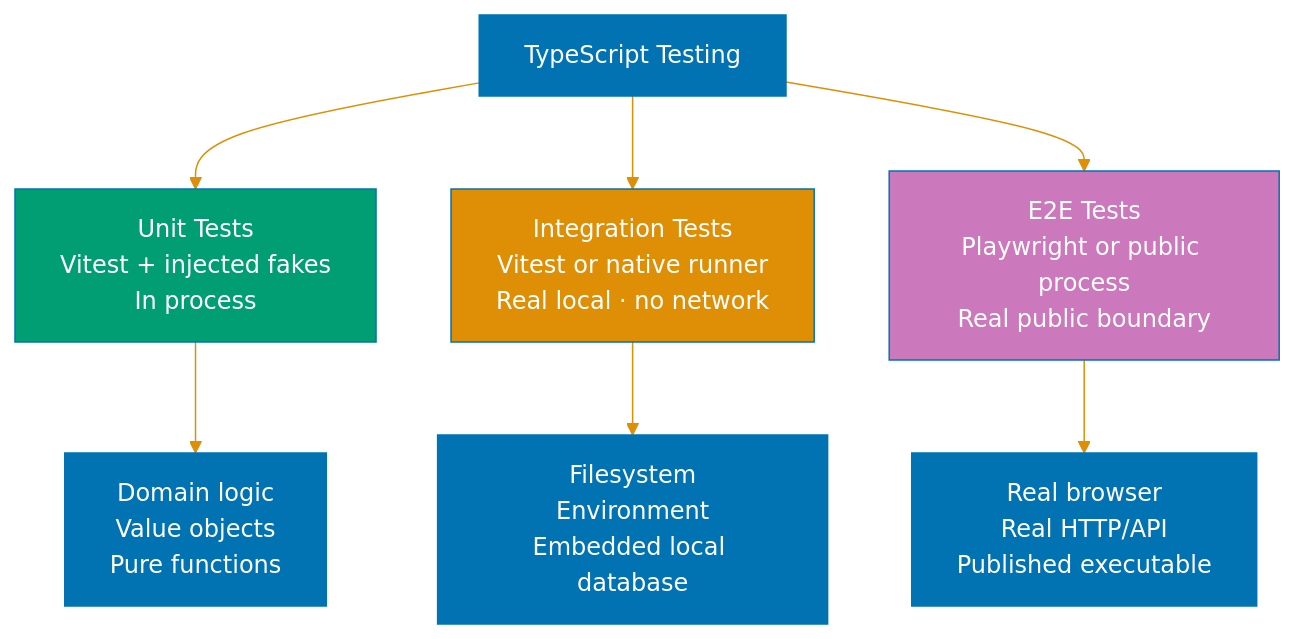
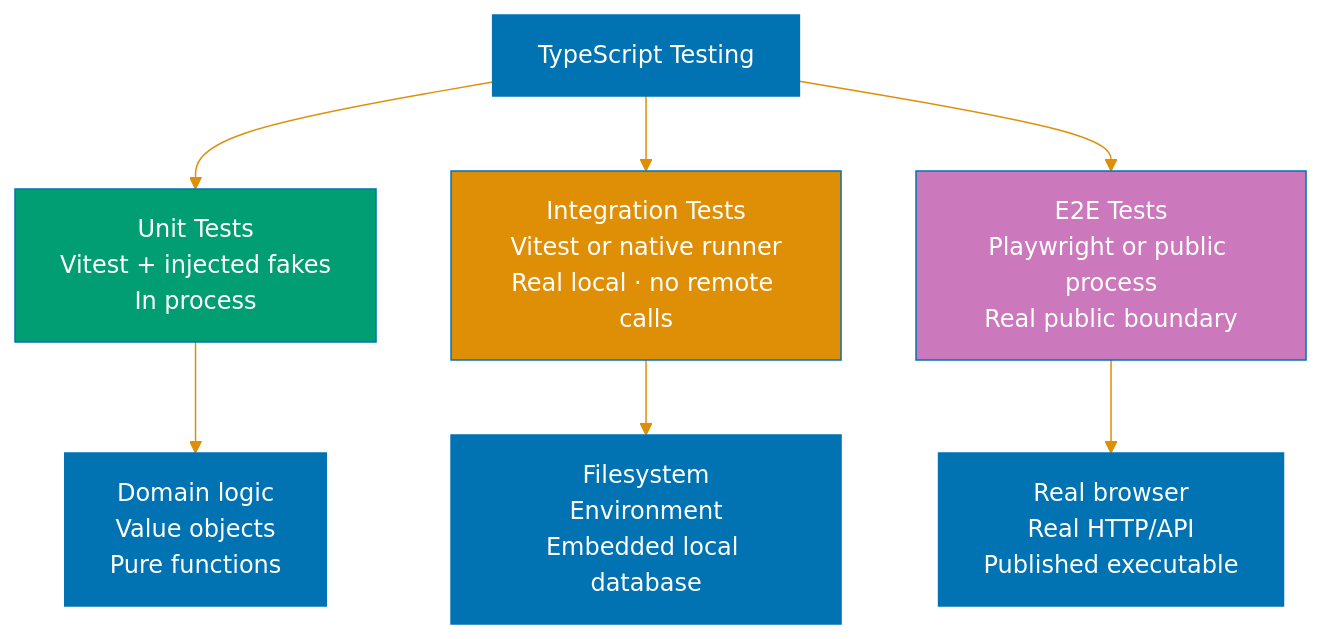
Before and after one commit to wahidyankf/open-sharia-fintech: the first of 2 diagrams in docs/explanation/software-engineering/programming-languages/typescript/testing.md, drawn with Mermaid. The commit also changed other lines of this file and 44 other files, not shown here.

````diff
--- a/docs/explanation/software-engineering/programming-languages/typescript/testing.md
+++ b/docs/explanation/software-engineering/programming-languages/typescript/testing.md
@@ -36,17 +36,17 @@
 ```mermaid
 %%{init: {'theme':'base', 'themeVariables': { 'primaryColor':'#0173B2','primaryTextColor':'#fff','primaryBorderColor':'#0173B2','lineColor':'#DE8F05','secondaryColor':'#029E73','tertiaryColor':'#CC78BC','fontSize':'16px'}}}%%
 flowchart TD
     A[TypeScript Testing]
     A --> B[Unit Tests\nVitest + injected fakes\nIn process]
-    A --> C[Integration Tests\nVitest or native runner\nReal local · no network]
+    A --> C[Integration Tests\nVitest or native runner\nReal local · no remote calls]
     A --> D[E2E Tests\nPlaywright or public process\nReal public boundary]
 
     B --> B1[Domain logic\nValue objects\nPure functions]
     C --> C1[Filesystem\nEnvironment\nEmbedded local database]
     D --> D1[Real browser\nReal HTTP/API\nPublished executable]
 
     style A fill:#0173B2,color:#fff
     style B fill:#029E73,color:#fff
     style C fill:#DE8F05,color:#fff
     style D fill:#CC78BC,color:#fff
 ```
````
